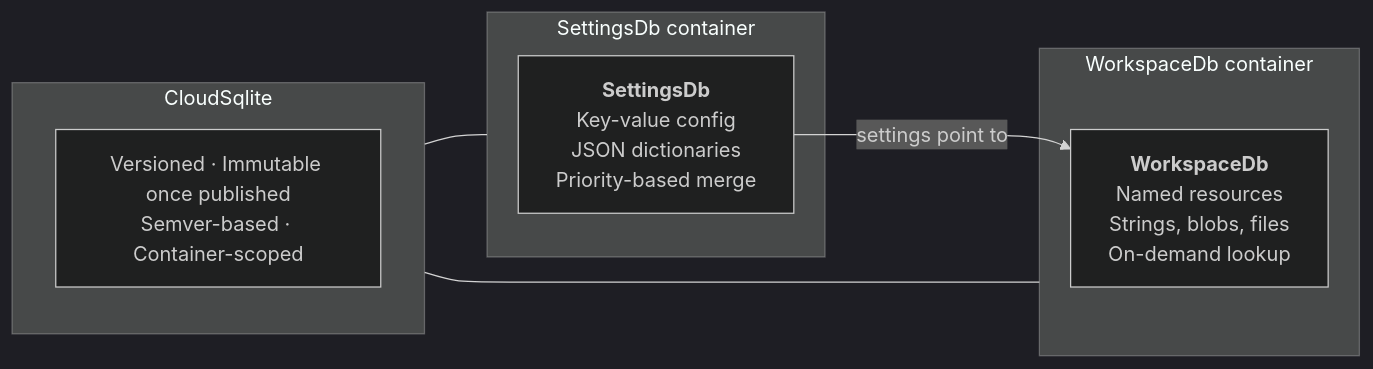
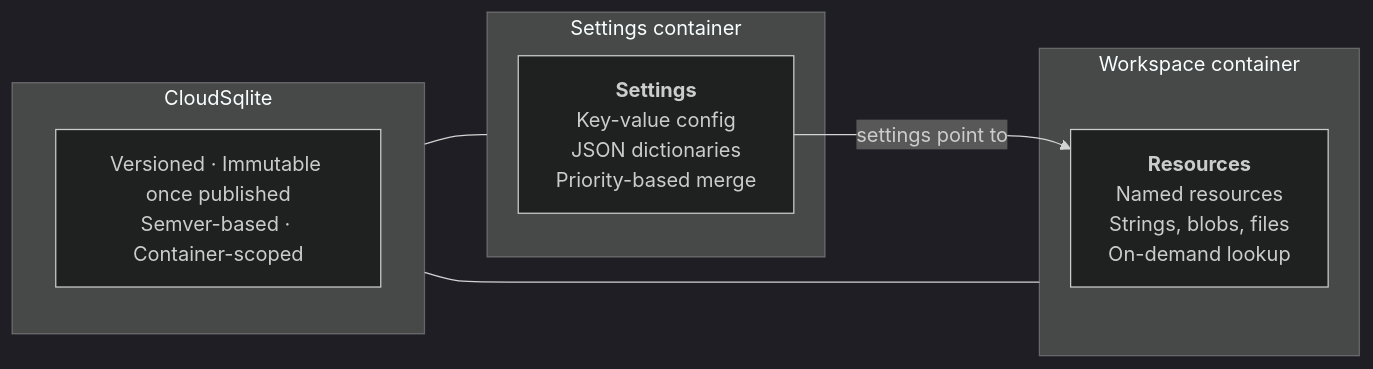
The first of 4 diagrams in docs/learning/backend/WorkspacesAndSettings.md (iTwin/itwinjs-core), drawn with Mermaid (dark theme) before and after one commit. The commit also changed other lines of this file and 3 other files, not shown here.

First line of the commit message:
Replace SettingsDb with 'settings container' across learning docs

````diff
--- a/docs/learning/backend/WorkspacesAndSettings.md
+++ b/docs/learning/backend/WorkspacesAndSettings.md
@@ -22,19 +24,19 @@
 ```mermaid
 graph LR
     subgraph CloudSqlite["CloudSqlite"]
         direction TB
         note["Versioned · Immutable once published<br/>Semver-based · Container-scoped"]
     end
 
-    subgraph SettingsContainer["SettingsDb container"]
-        SDB["<b>SettingsDb</b><br/>Key-value config<br/>JSON dictionaries<br/>Priority-based merge"]
+    subgraph SettingsContainer["Settings container"]
+        SDB["<b>Settings</b><br/>Key-value config<br/>JSON dictionaries<br/>Priority-based merge"]
     end
 
-    subgraph WorkspaceContainer["WorkspaceDb container"]
-        WDB["<b>WorkspaceDb</b><br/>Named resources<br/>Strings, blobs, files<br/>On-demand lookup"]
+    subgraph WorkspaceContainer["Workspace container"]
+        WDB["<b>Resources</b><br/>Named resources<br/>Strings, blobs, files<br/>On-demand lookup"]
     end
 
     CloudSqlite --- SettingsContainer
     CloudSqlite --- WorkspaceContainer
     SDB -->|"settings point to"| WDB
 ```
````
